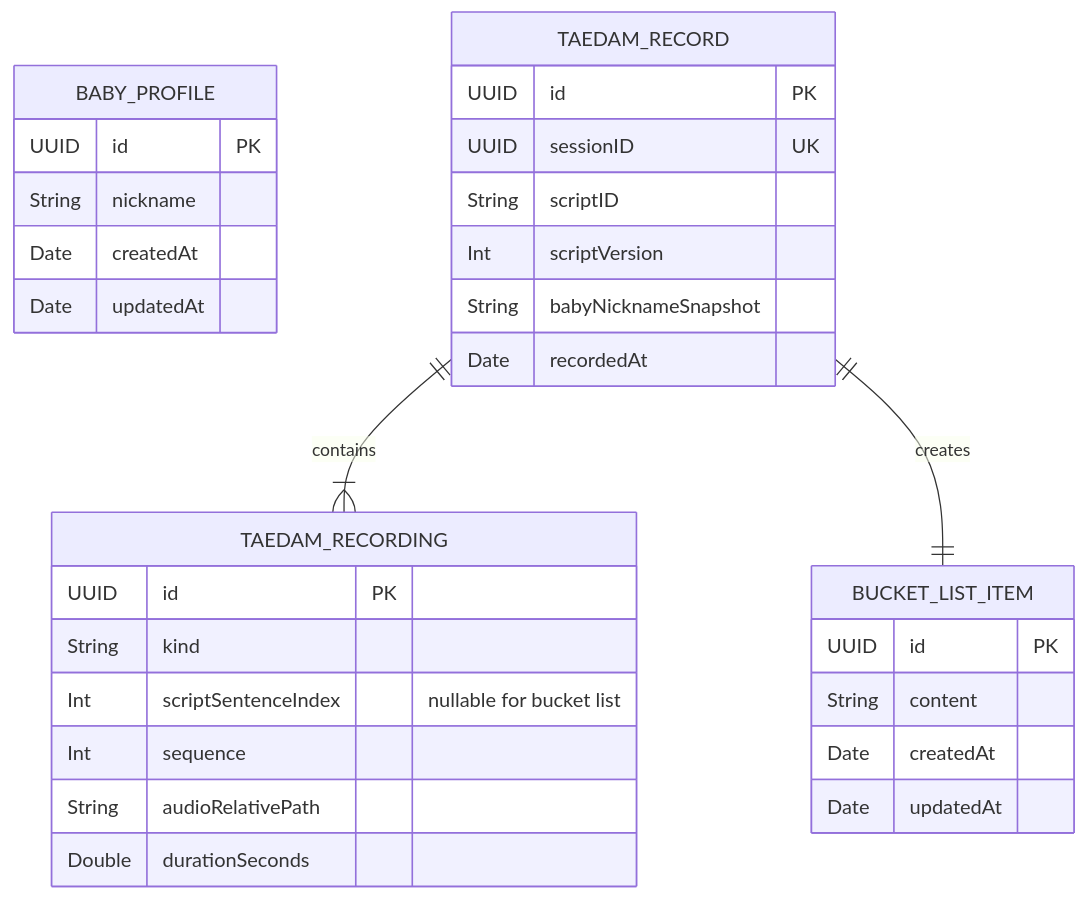
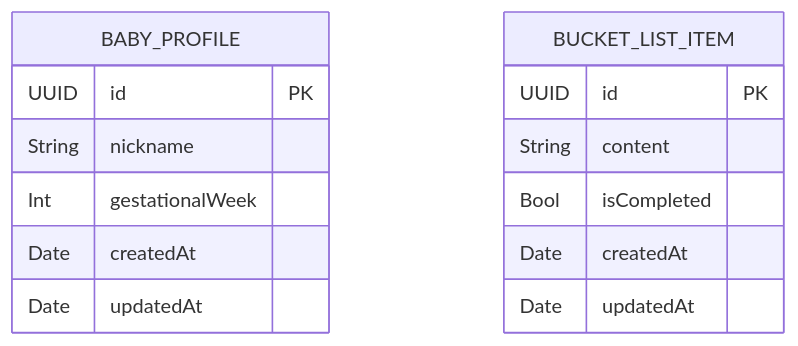
Before and after one commit to DeveloperAcademy-POSTECH/2026-C4-M15-siboya: the second of 3 diagrams in docs/design/taedam-data-contracts.md, drawn with Mermaid. The commit also changed other lines of this file and 1 other file, not shown here.

Commit message:
docs: revise taedam data contract

````diff
--- a/docs/design/taedam-data-contracts.md
+++ b/docs/design/taedam-data-contracts.md
@@ -367,37 +332,18 @@
 ```mermaid
 erDiagram
     BABY_PROFILE {
         UUID id PK
         String nickname
+        Int gestationalWeek
         Date createdAt
         Date updatedAt
-    }
-
-    TAEDAM_RECORD {
-        UUID id PK
-        UUID sessionID UK
-        String scriptID
-        Int scriptVersion
-        String babyNicknameSnapshot
-        Date recordedAt
-    }
-
-    TAEDAM_RECORDING {
-        UUID id PK
-        String kind
-        Int scriptSentenceIndex "nullable for bucket list"
-        Int sequence
-        String audioRelativePath
-        Double durationSeconds
     }
 
     BUCKET_LIST_ITEM {
         UUID id PK
         String content
+        Bool isCompleted
         Date createdAt
         Date updatedAt
     }
-
-    TAEDAM_RECORD ||--|{ TAEDAM_RECORDING : contains
-    TAEDAM_RECORD ||--|| BUCKET_LIST_ITEM : creates
 ```
````
